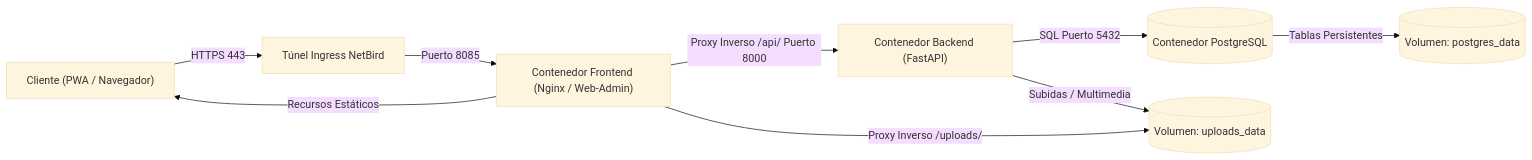
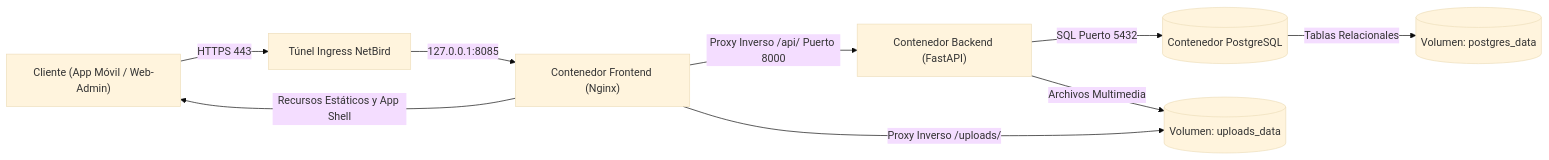
One commit to Pascal-Thommen/pascal-thommen.github.io changed the first of 2 diagrams in content/posts/upa-campus-app-architecture-part-1/index.es.md. Above: the diagram before and after it, drawn with Mermaid (base theme). The commit also changed other lines of this file and 20 other files, not shown here.

Commit message:
feat(posts): refine UPA Campus App architecture series with holistic webapp mental model and specification depth

````diff
--- a/content/posts/upa-campus-app-architecture-part-1/index.es.md
+++ b/content/posts/upa-campus-app-architecture-part-1/index.es.md
@@ -28,11 +28,11 @@
 ```mermaid
 flowchart LR
-    Client["Cliente (PWA / Navegador)"] -->|HTTPS 443| NetBird["Túnel Ingress NetBird"]
-    NetBird -->|Puerto 8085| Nginx["Contenedor Frontend (Nginx / Web-Admin)"]
-    Nginx -->|Recursos Estáticos| Client
+    Client["Cliente (App Móvil / Web-Admin)"] -->|HTTPS 443| NetBird["Túnel Ingress NetBird"]
+    NetBird -->|127.0.0.1:8085| Nginx["Contenedor Frontend (Nginx)"]
+    Nginx -->|Recursos Estáticos y App Shell| Client
     Nginx -->|Proxy Inverso /api/ Puerto 8000| Backend["Contenedor Backend (FastAPI)"]
     Backend -->|SQL Puerto 5432| DB[("Contenedor PostgreSQL")]
-    DB -->|Tablas Persistentes| VolDB[("Volumen: postgres_data")]
-    Backend -->|Subidas / Multimedia| VolMedia[("Volumen: uploads_data")]
+    DB -->|Tablas Relacionales| VolDB[("Volumen: postgres_data")]
+    Backend -->|Archivos Multimedia| VolMedia[("Volumen: uploads_data")]
     Nginx -->|Proxy Inverso /uploads/| VolMedia
 ```
````
